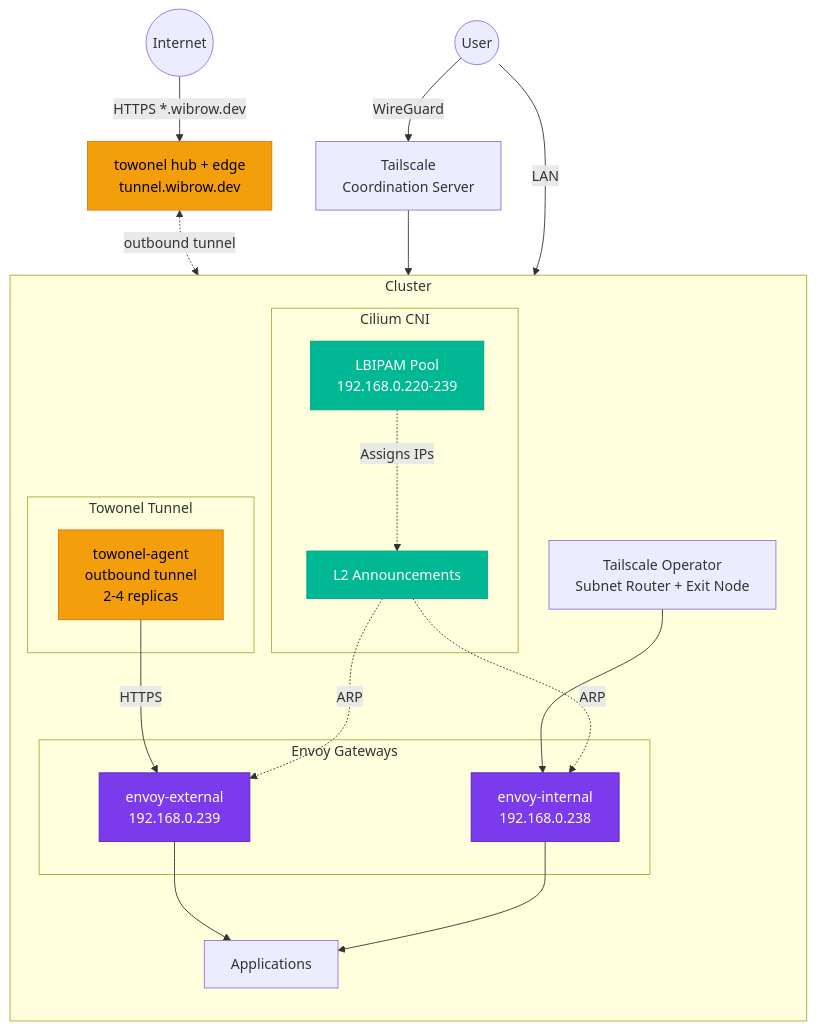
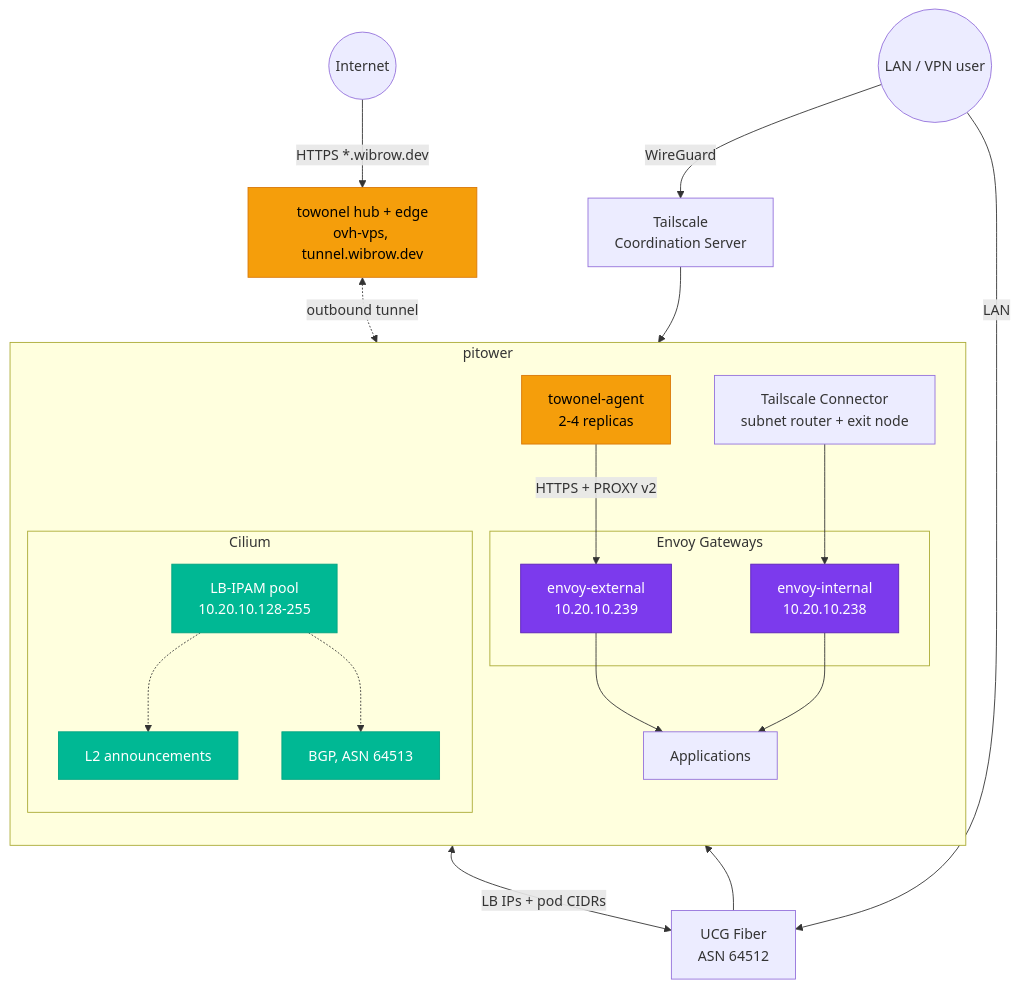
One commit to swibrow/home-ops changed the diagram in docs/networking/index.md. Above: the diagram before and after it, drawn with Mermaid. The commit also changed other lines of this file and 105 other files, not shown here.

````diff
--- a/docs/networking/index.md
+++ b/docs/networking/index.md
@@ -11,56 +11,47 @@
 ```mermaid
 flowchart TB
     Internet((Internet))
-    CF[towonel hub + edge<br/>tunnel.wibrow.dev]
+    Hub[towonel hub + edge<br/>ovh-vps, tunnel.wibrow.dev]
+    UCG[UCG Fiber<br/>ASN 64512]
     TSCloud[Tailscale<br/>Coordination Server]
 
-    subgraph Cluster["Cluster"]
+    subgraph Cluster["pitower"]
         direction TB
+        TA[towonel-agent<br/>2-4 replicas]
 
-        subgraph Tunnel["Towonel Tunnel"]
-            TA[towonel-agent<br/>outbound tunnel<br/>2-4 replicas]
+        subgraph Gateways["Envoy Gateways"]
+            EE[envoy-external<br/>10.20.10.239]
+            EI[envoy-internal<br/>10.20.10.238]
         end
 
-        subgraph Gateways["Envoy Gateways"]
-            EE[envoy-external<br/>192.168.0.239]
-            EI[envoy-internal<br/>192.168.0.238]
+        subgraph Cilium["Cilium"]
+            LBIPAM[LB-IPAM pool<br/>10.20.10.128-255]
+            BGP[BGP, ASN 64513]
+            L2[L2 announcements]
         end
 
-        subgraph Network["Cilium CNI"]
-            L2[L2 Announcements]
-            LBIPAM[LBIPAM Pool<br/>192.168.0.220-239]
-        end
-
-        TS[Tailscale Operator<br/>Subnet Router + Exit Node]
-
+        TS[Tailscale Connector<br/>subnet router + exit node]
         Apps[Applications]
     end
 
-    User((User))
+    User((LAN / VPN user))
 
-    %% External path
-    Internet -->|"HTTPS *.wibrow.dev"| CF
-    CF <-.->|"outbound tunnel"| TA
-    TA -->|"HTTPS"| EE
+    Internet -->|"HTTPS *.wibrow.dev"| Hub
+    Hub <-.->|"outbound tunnel"| TA
+    TA -->|"HTTPS + PROXY v2"| EE
     EE --> Apps
 
-    %% VPN path
-    User -->|"WireGuard"| TSCloud
-    TSCloud --> TS
-    TS --> EI
+    User -->|"WireGuard"| TSCloud --> TS --> EI
+    User -->|"LAN"| UCG --> EI
     EI --> Apps
 
-    %% Internal LAN
-    User -->|"LAN"| EI
-
-    %% Cilium provides IPs
-    L2 -.->|"ARP"| EE & EI
-    LBIPAM -.->|"Assigns IPs"| L2
+    LBIPAM -.-> L2 & BGP
+    BGP <-->|"LB IPs + pod CIDRs"| UCG
 
     classDef gateway fill:#7c3aed,stroke:#5b21b6,color:#fff
     classDef tunnel fill:#f59e0b,stroke:#d97706,color:#000
     classDef cilium fill:#00b894,stroke:#00a381,color:#fff
     class EE,EI gateway
-    class CF,TA tunnel
-    class L2,LBIPAM cilium
+    class Hub,TA tunnel
+    class LBIPAM,BGP,L2 cilium
 ```
````
